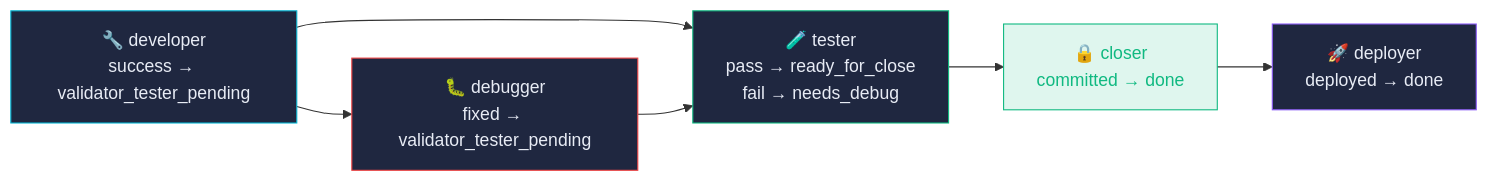
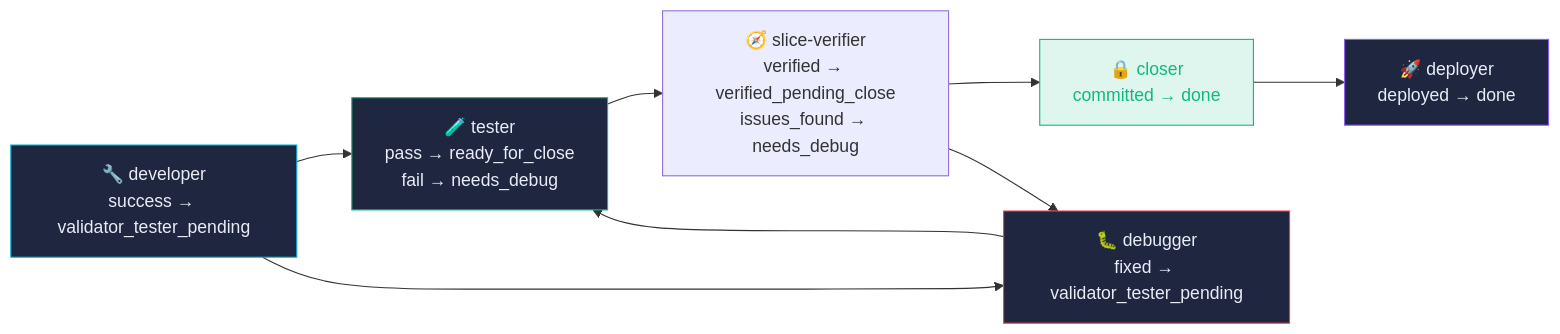
Before and after one commit to sergiolrinditex/React-Python-Login-Admin: the first of 6 diagrams in site/diagrams/outcomes.md, drawn with Mermaid. The commit also changed other lines of this file and 59 other files, not shown here.

````diff
--- a/site/diagrams/outcomes.md
+++ b/site/diagrams/outcomes.md
@@ -39,20 +41,23 @@
 ```mermaid
 flowchart LR
     DEV[🔧 developer<br>success → validator_tester_pending]
     TST[🧪 tester<br>pass → ready_for_close<br>fail → needs_debug]
+    SV[🧭 slice-verifier<br>verified → verified_pending_close<br>issues_found → needs_debug]
     DBG[🐛 debugger<br>fixed → validator_tester_pending]
     CLO[🔒 closer<br>committed → done]
     DEP[🚀 deployer<br>deployed → done]
 
     DEV --> TST
     DEV --> DBG
     DBG --> TST
-    TST --> CLO
+    TST --> SV
+    SV --> CLO
+    SV --> DBG
     CLO --> DEP
 
     style DEV fill:#1f2740,stroke:#06b6d4,color:#e8ecf5
     style TST fill:#1f2740,stroke:#10b981,color:#e8ecf5
     style DBG fill:#1f2740,stroke:#ef4444,color:#e8ecf5
     style CLO fill:#10b98122,stroke:#10b981,color:#10b981
     style DEP fill:#1f2740,stroke:#8b5cf6,color:#e8ecf5
 ```
````
